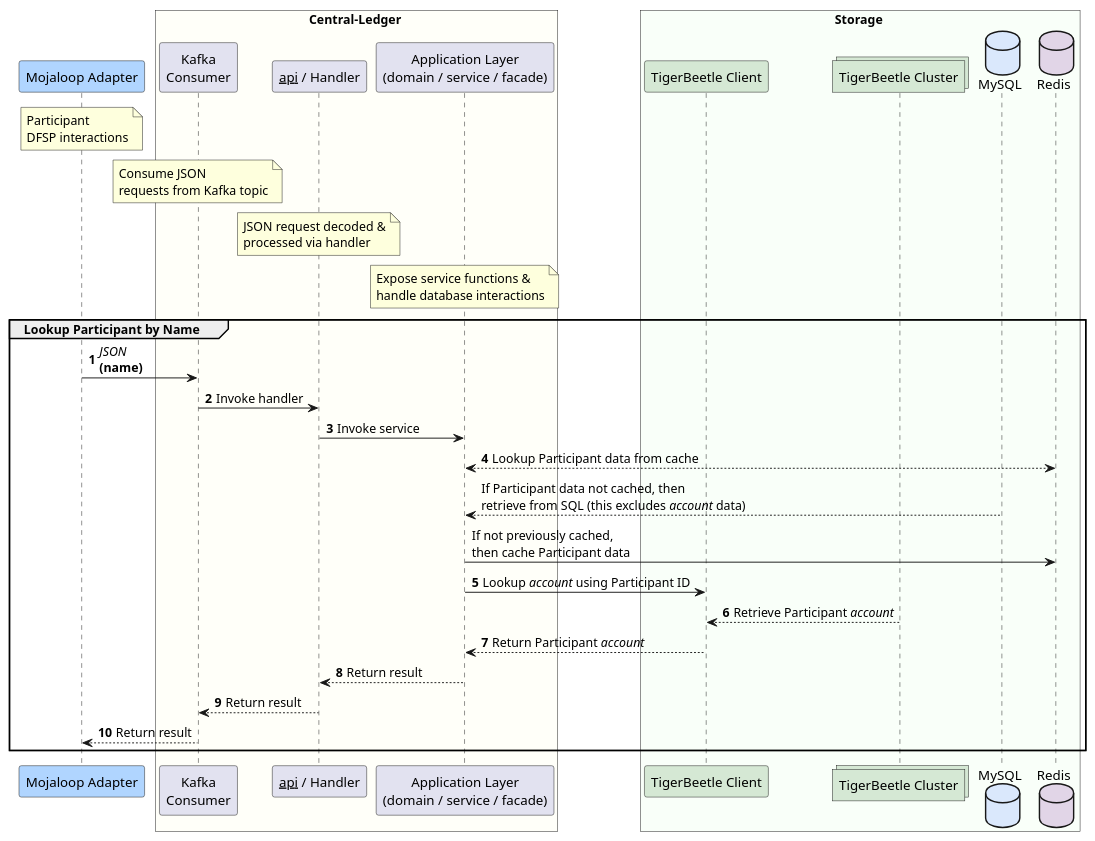
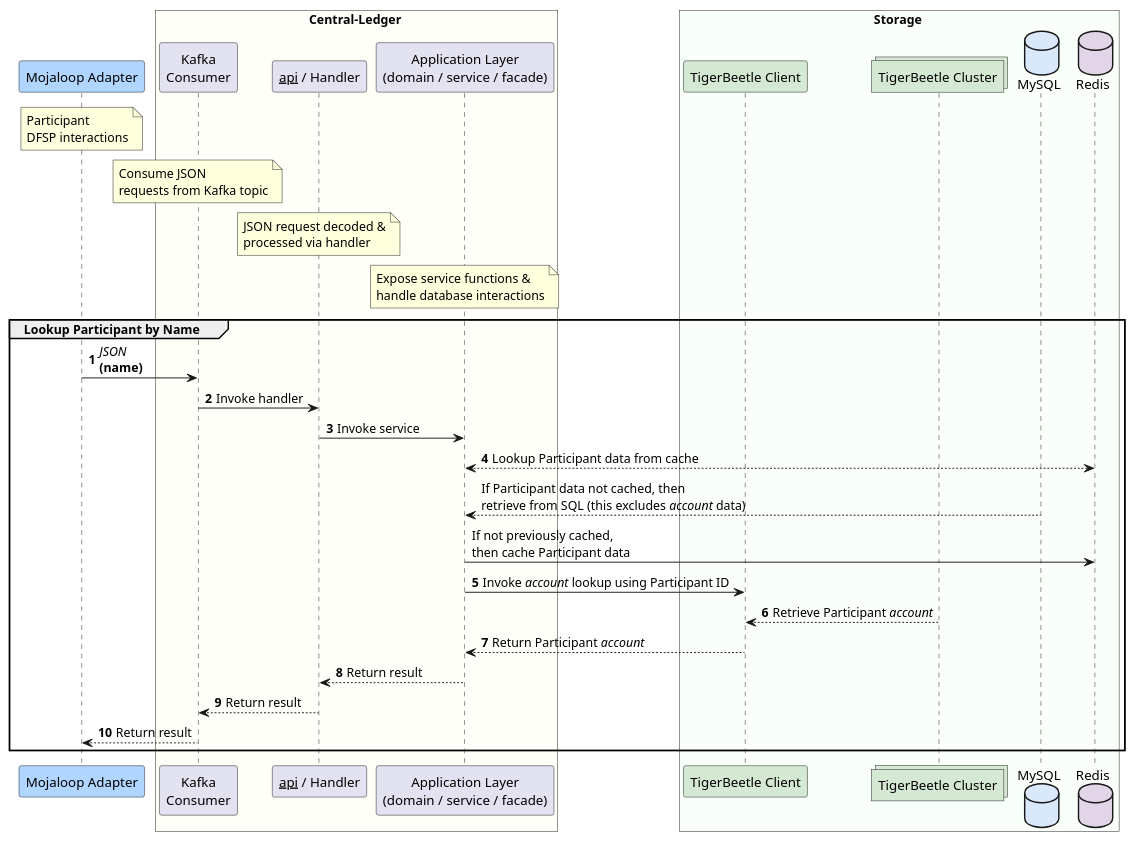
One commit to coilhq/mucoa changed the diagram in solution_design/sequence-participant-tb-enabled-lookup.puml. Above: the diagram before and after it, drawn with PlantUML. The commit also changed 28 other files, not shown here.

```diff
--- a/solution_design/sequence-participant-tb-enabled-lookup.puml
+++ b/solution_design/sequence-participant-tb-enabled-lookup.puml
@@ -1,55 +1,55 @@
 @startuml
 
 participant "Mojaloop Adapter" as dfsp #B0D5FF
 note over dfsp
     Participant
     DFSP interactions
 end note
 
 box Central-Ledger #FFFFF9
     participant "Kafka\nConsumer" as cl_consume_kafka
         participant "__api__ / Handler" as cl_handler
         participant "Application Layer\n(domain / service / facade)" as cl_domain
 
         note over cl_consume_kafka
             Consume JSON
             requests from Kafka topic
         end note
     
         note over cl_handler
             JSON request decoded &
             processed via handler
         end note
     
         note over cl_domain
             Expose service functions &
             handle database interactions
         end note
 end box
 
 box Storage #F9FFF9
 	Participant "TigerBeetle Client" as tb_client #D5E8D4
     collections "TigerBeetle Cluster" as tb_nodes #D5E8D4
 	database "MySQL" as cl_db #DAE8FC
 	database "Redis" as redis_cache #E1D5E7
 end box
 
 autonumber
 group Lookup Participant by Name
     dfsp -> cl_consume_kafka : //JSON// \n**(name)**
     cl_consume_kafka -> cl_handler : Invoke handler
     cl_handler -> cl_domain : Invoke service
     cl_domain <--> redis_cache : Lookup Participant data from cache
     autonumber stop
     cl_domain <-- cl_db : If Participant data not cached, then \nretrieve from SQL (this excludes //account// data)
     cl_domain -> redis_cache : If not previously cached, \nthen cache Participant data
     autonumber resume
-    cl_domain -> tb_client : Lookup //account// using Participant ID
+    cl_domain -> tb_client : Invoke //account// lookup using Participant ID
     tb_client <-- tb_nodes : Retrieve Participant //account//
     tb_client --> cl_domain : Return Participant //account//
     cl_domain --> cl_handler : Return result
     cl_handler --> cl_consume_kafka : Return result
     cl_consume_kafka --> dfsp : Return result
 end
 
 @enduml
```
